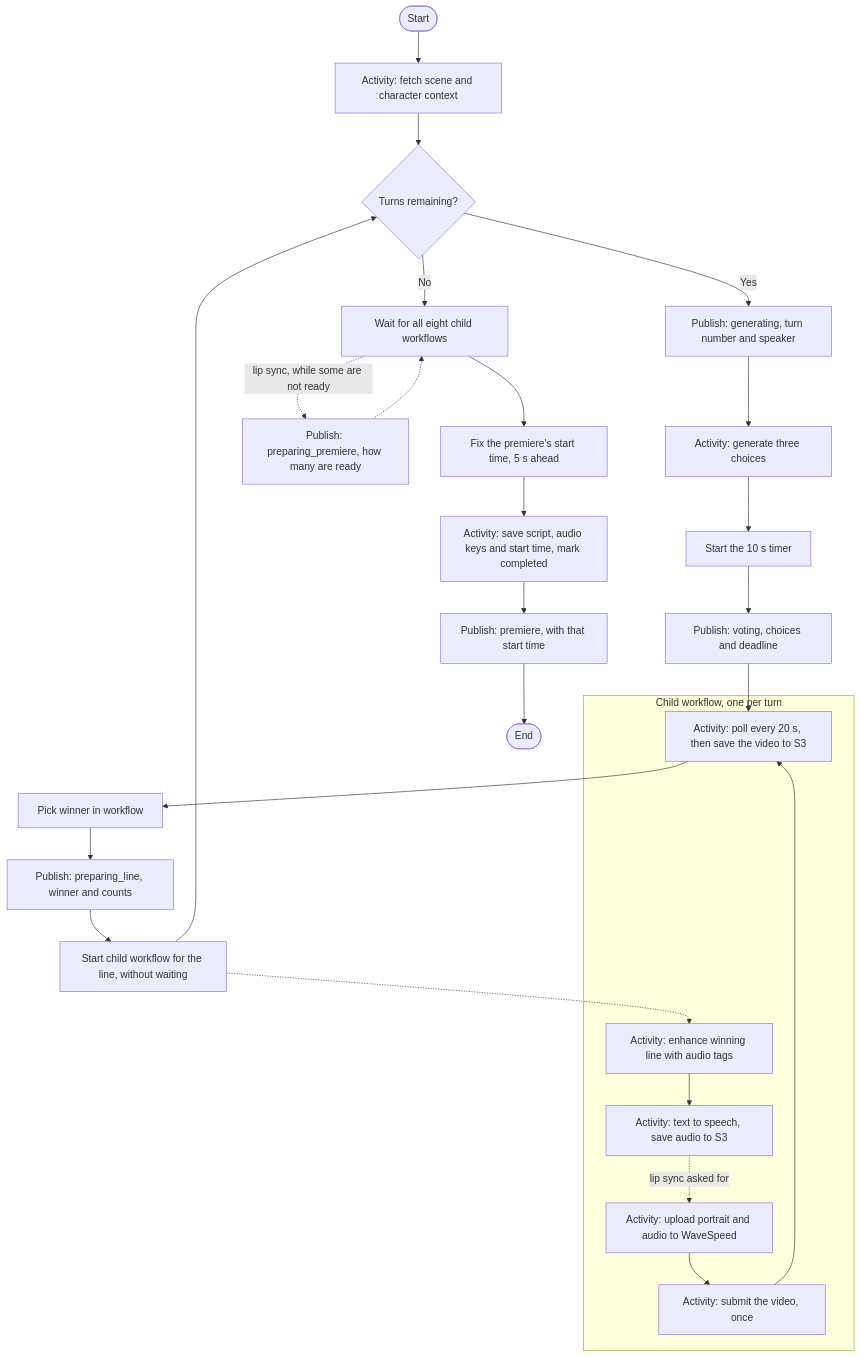
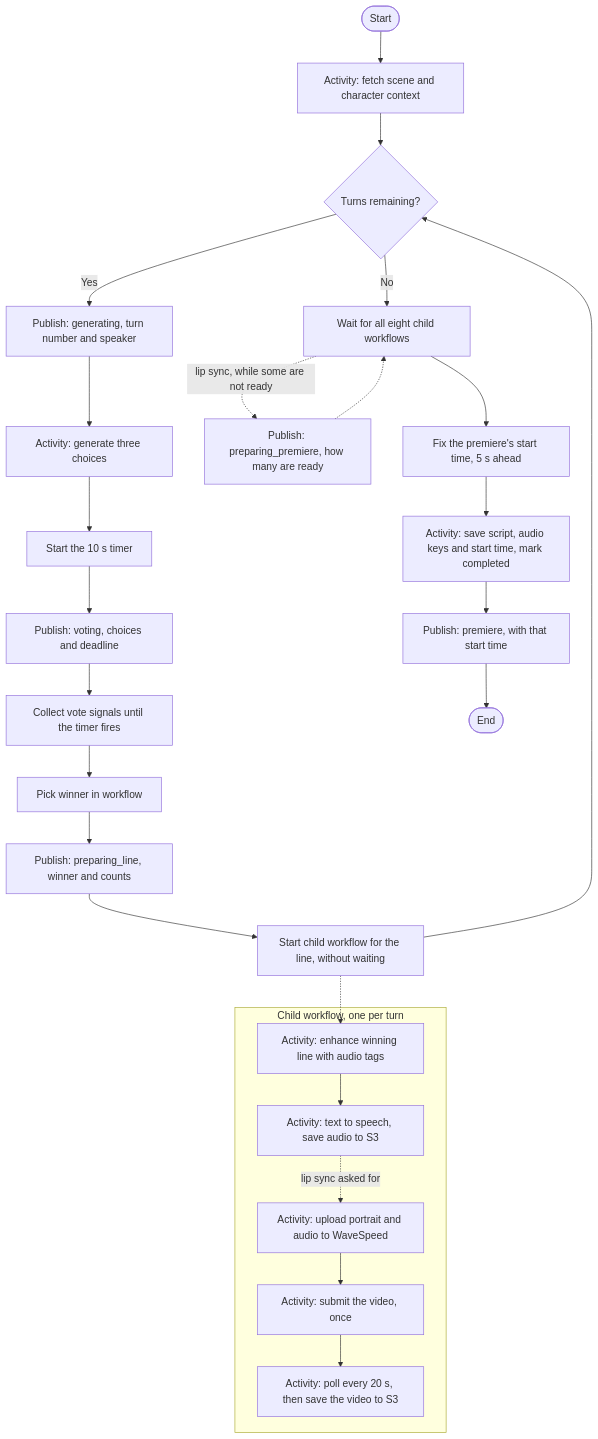
One commit to conghan-tay/MonsterTheatre_01 changed the second of 3 diagrams in docs/system-design.md. Above: the diagram before and after it, drawn with Mermaid.

Commit message:
Give the lip-sync poll step its own node in the workflow flowchart
It reused the ID Wait, which relabelled the vote-collecting step and moved
it into the child workflow's box.

````diff
--- a/docs/system-design.md
+++ b/docs/system-design.md
@@ -130,28 +130,28 @@
 ```mermaid
 flowchart TD
     Start([Start]) --> Fetch[Activity: fetch scene and character context]
     Fetch --> Loop{"Turns remaining?"}
     Loop -->|Yes| Turn[Publish: generating, turn number and speaker]
     Turn --> Gen[Activity: generate three choices]
     Gen --> Timer[Start the 10 s timer]
     Timer --> Open[Publish: voting, choices and deadline]
     Open --> Wait[Collect vote signals until the timer fires]
     Wait --> Pick[Pick winner in workflow]
     Pick --> Won[Publish: preparing_line, winner and counts]
     Won --> Child[Start child workflow for the line, without waiting]
     Child --> Loop
     Child -.-> Tag
     subgraph Line["Child workflow, one per turn"]
         Tag[Activity: enhance winning line with audio tags] --> Speak[Activity: text to speech, save audio to S3]
         Speak -.->|lip sync asked for| Up[Activity: upload portrait and audio to WaveSpeed]
         Up --> Sub[Activity: submit the video, once]
-        Sub --> Wait[Activity: poll every 20 s, then save the video to S3]
+        Sub --> Poll[Activity: poll every 20 s, then save the video to S3]
     end
     Loop -->|No| FanIn[Wait for all eight child workflows]
     FanIn -.->|lip sync, while some are not ready| Progress[Publish: preparing_premiere, how many are ready]
     Progress -.-> FanIn
     FanIn --> Fix[Fix the premiere's start time, 5 s ahead]
     Fix --> Save[Activity: save script, audio keys and start time, mark completed]
     Save --> Prem[Publish: premiere, with that start time]
     Prem --> End([End])
 ```
````
